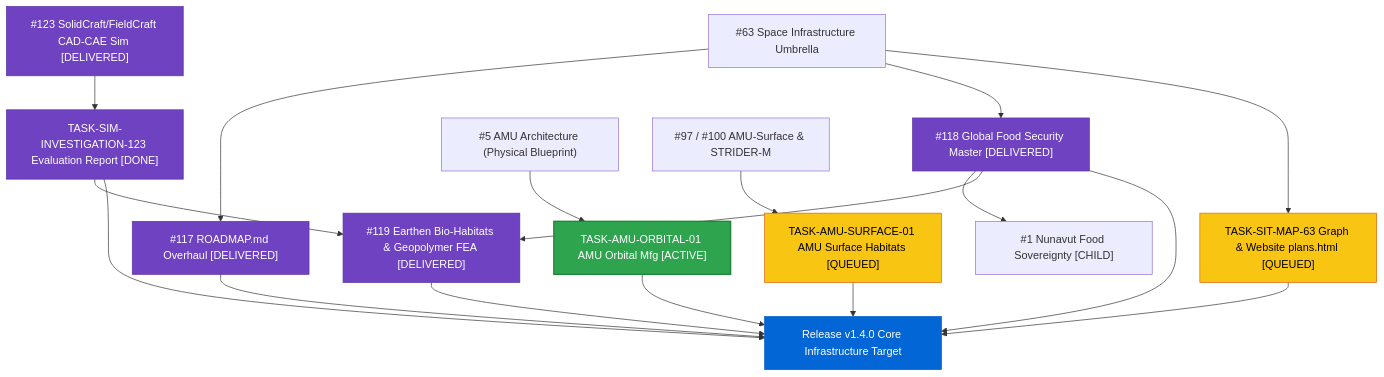
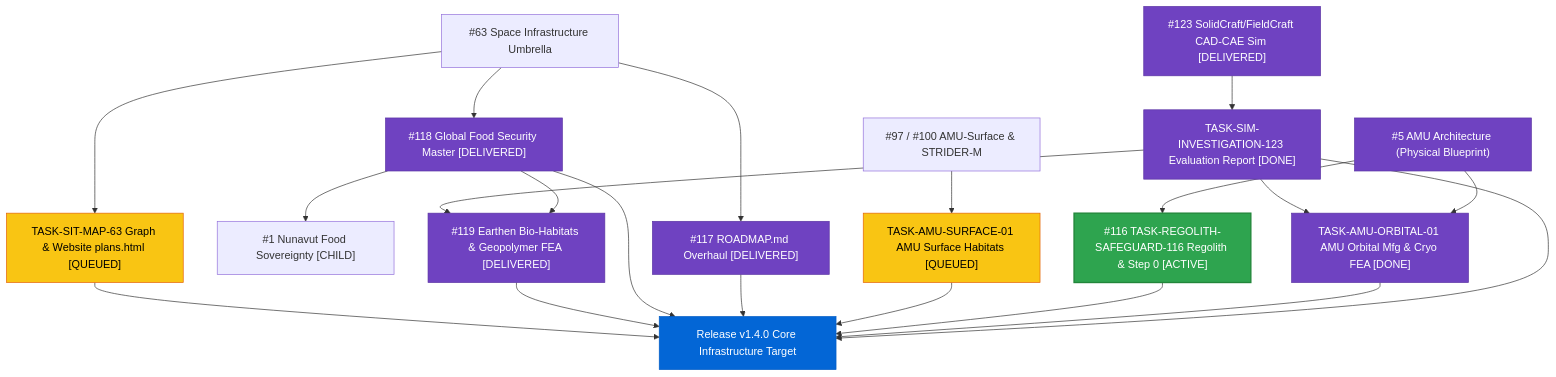
The diagram in forward_tasks.md (stellardreams/asi.surge.sh), drawn with Mermaid before and after one commit. The commit also changed other lines of this file and 8 other files, not shown here.

````diff
--- a/forward_tasks.md
+++ b/forward_tasks.md
@@ -104,37 +100,42 @@
 ```mermaid
 graph TD
     I123["#123 SolidCraft/FieldCraft CAD-CAE Sim [DELIVERED]"] --> T123["TASK-SIM-INVESTIGATION-123 Evaluation Report [DONE]"]
     
     I63["#63 Space Infrastructure Umbrella"] --> I117["#117 ROADMAP.md Overhaul [DELIVERED]"]
     I63 --> I118["#118 Global Food Security Master [DELIVERED]"]
     I118 --> I01["#1 Nunavut Food Sovereignty [CHILD]"]
     I118 --> I119["#119 Earthen Bio-Habitats & Geopolymer FEA [DELIVERED]"]
 
-    I05["#5 AMU Architecture (Physical Blueprint)"] --> O01["TASK-AMU-ORBITAL-01 AMU Orbital Mfg [ACTIVE]"]
+    I05["#5 AMU Architecture (Physical Blueprint)"] --> O01["TASK-AMU-ORBITAL-01 AMU Orbital Mfg & Cryo FEA [DONE]"]
+    I05 --> R116["#116 TASK-REGOLITH-SAFEGUARD-116 Regolith & Step 0 [ACTIVE]"]
     I97["#97 / #100 AMU-Surface & STRIDER-M"] --> S01["TASK-AMU-SURFACE-01 AMU Surface Habitats [QUEUED]"]
     I63 --> M63["TASK-SIT-MAP-63 Graph & Website plans.html [QUEUED]"]
     
     T123 --> I119
+    T123 --> O01
     T123 --> V140["Release v1.4.0 Core Infrastructure Target"]
     O01 --> V140
+    R116 --> V140
     S01 --> V140
     I117 --> V140
     I118 --> V140
     I119 --> V140
     M63 --> V140
 
     classDef active fill:#2ea44f,stroke:#22863a,stroke-width:2px,color:#fff;
     classDef queued fill:#f9c513,stroke:#e36209,stroke-width:1px,color:#000;
     classDef target fill:#0366d6,stroke:#005cc5,stroke-width:1px,color:#fff;
     classDef done fill:#6f42c1,stroke:#5a32a3,stroke-width:1px,color:#fff;
 
     class I123 done;
     class T123 done;
     class I119 done;
-    class O01 active;
+    class I05 done;
+    class O01 done;
+    class R116 active;
     class S01 queued;
     class I117 done;
     class I118 done;
     class M63 queued;
     class V140 target;
 ```
````
